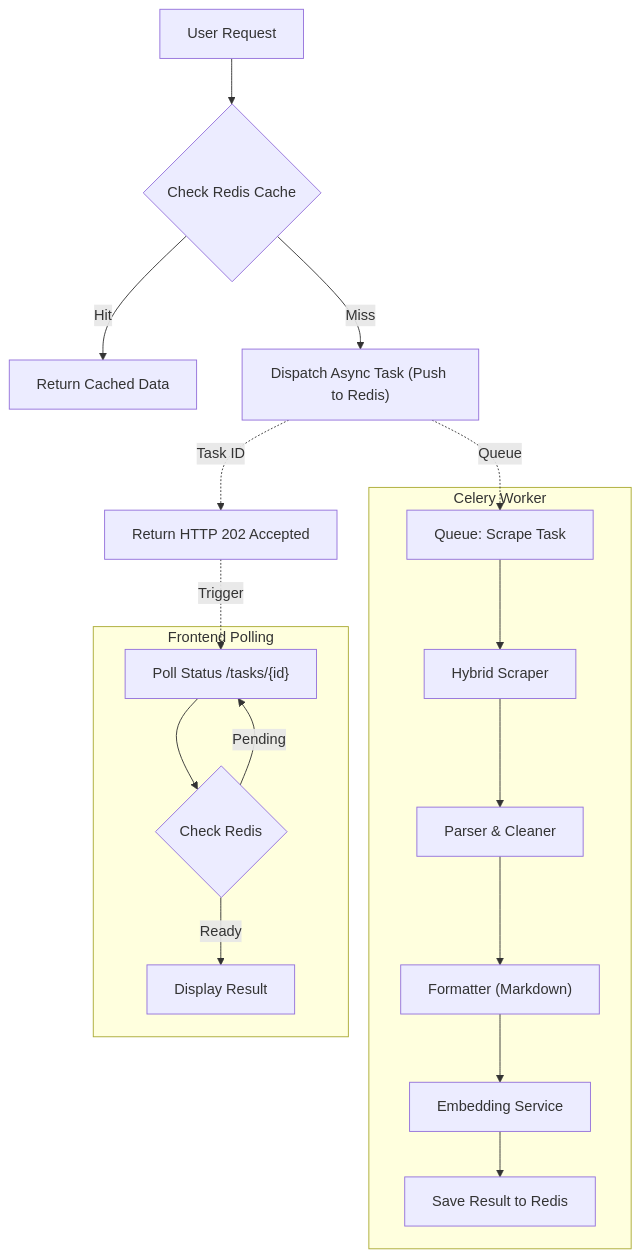
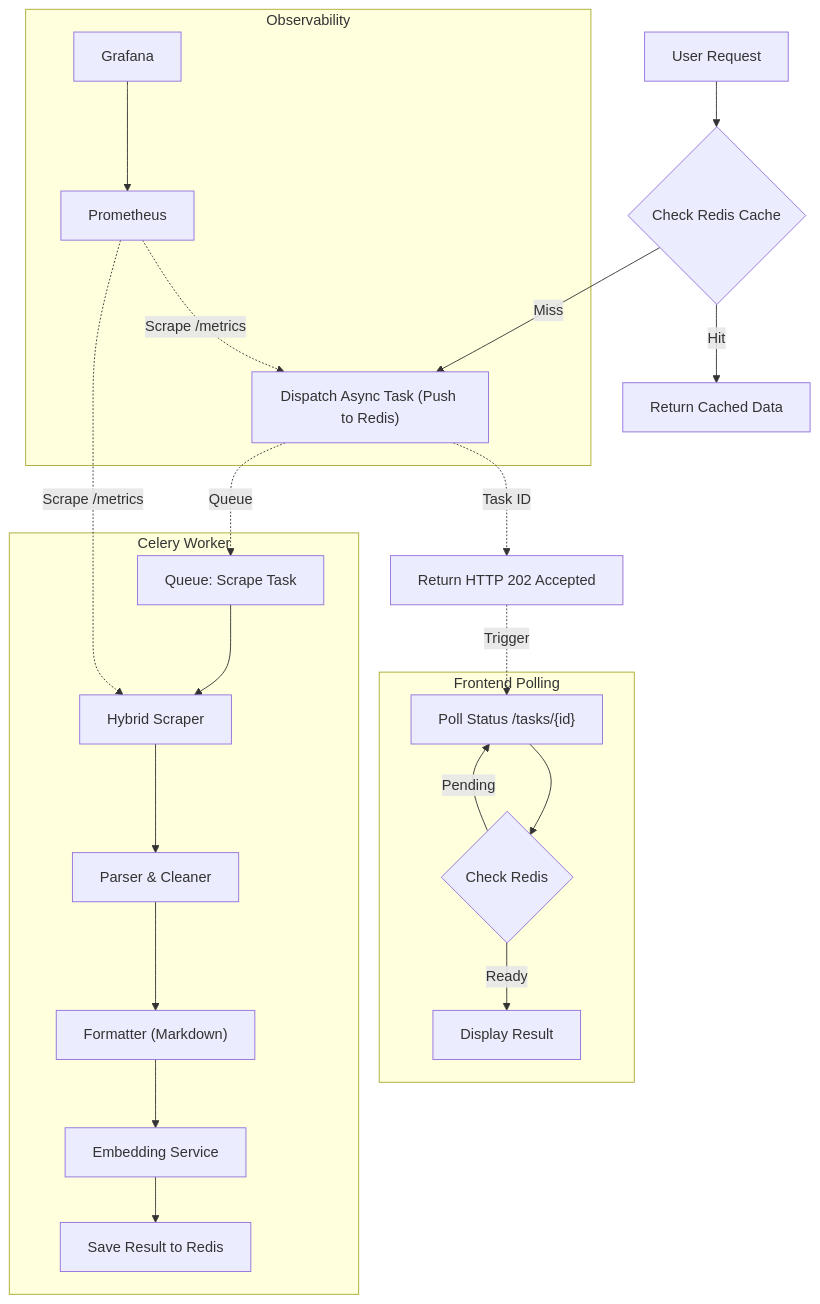
Before and after one commit to hassan-khan-web/flux-serp-gateway: the diagram in README.md, drawn with Mermaid. The commit also changed other lines of this file, not shown here.

````diff
--- a/README.md
+++ b/README.md
@@ -38,23 +51,29 @@
 ```mermaid
 graph TD
     A["User Request"] --> B{"Check Redis Cache"}
     B -- Hit --> C["Return Cached Data"]
     B -- Miss --> D["Dispatch Async Task (Push to Redis)"]
     D -.->|Task ID| E["Return HTTP 202 Accepted"]
     D -.->|Queue| F
     E -.->|Trigger| L
 
     subgraph "Celery Worker"
         F["Queue: Scrape Task"] --> G["Hybrid Scraper"]
         G --> H["Parser & Cleaner"]
         H --> I["Formatter (Markdown)"]
         I --> J["Embedding Service"]
         J --> K["Save Result to Redis"]
     end
 
     subgraph "Frontend Polling"
         L["Poll Status /tasks/{id}"] --> N{"Check Redis"}
         N -- Ready --> M["Display Result"]
         N -- Pending --> L
     end
+
+    subgraph "Observability"
+        P["Prometheus"] -.->|Scrape /metrics| D
+        P -.->|Scrape /metrics| G
+        O["Grafana"] --> P
+    end
 ```
````
